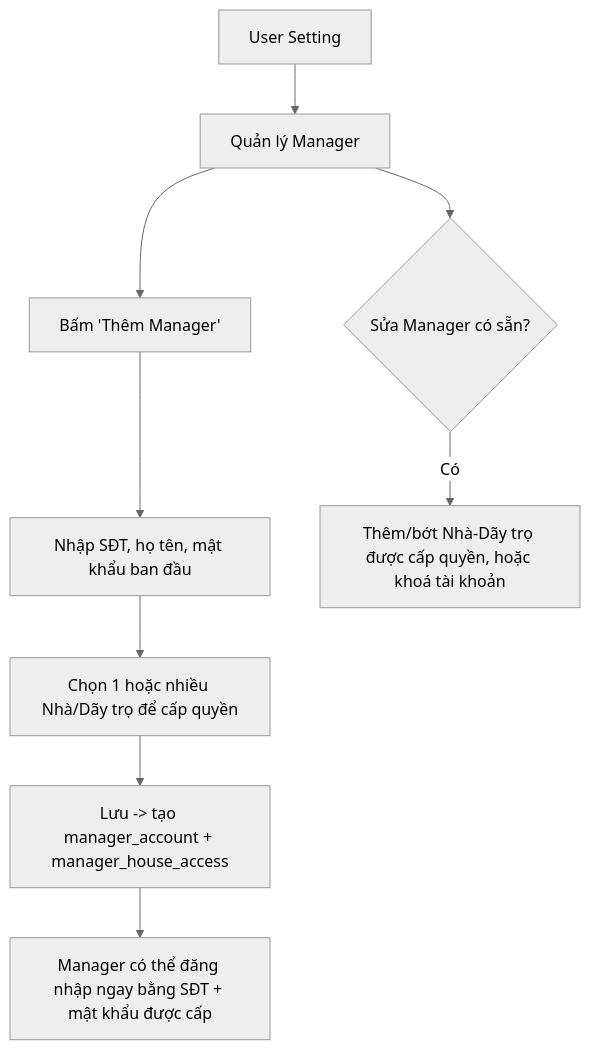
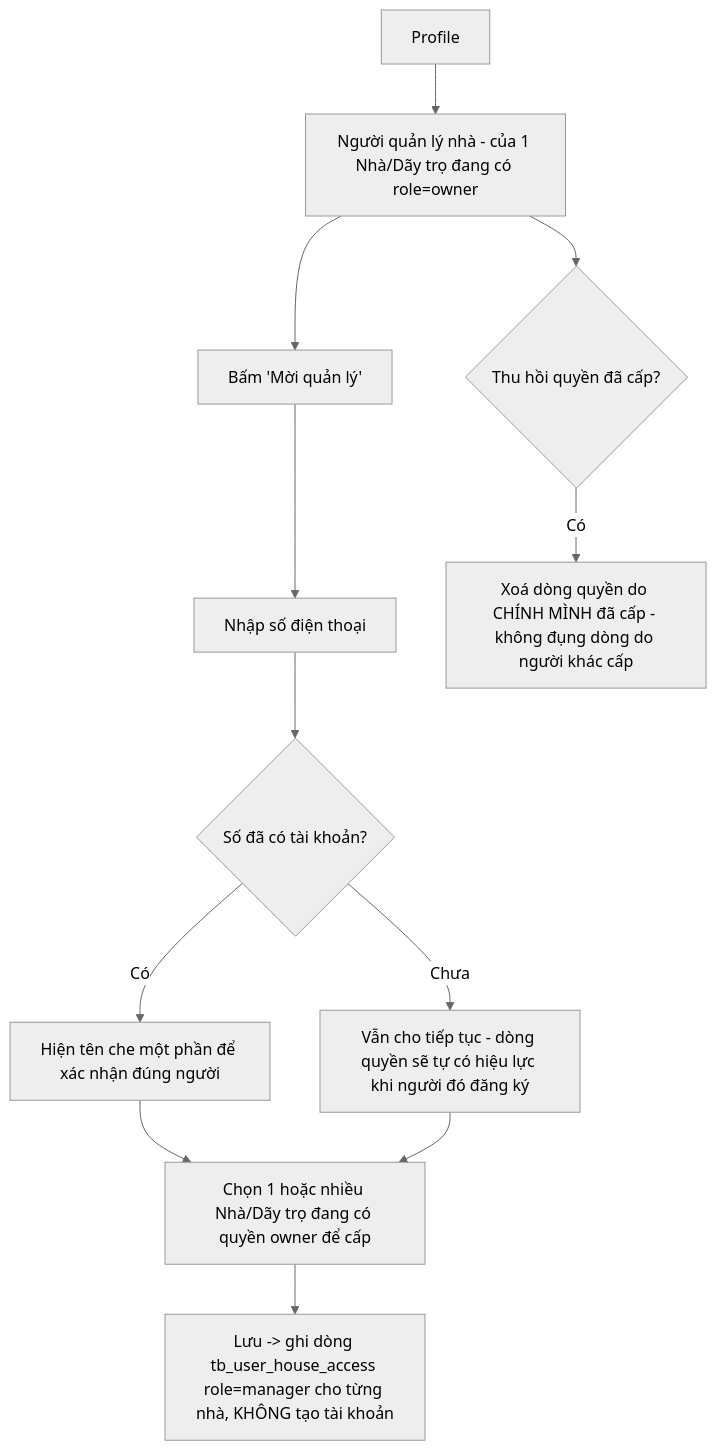
One commit to townsoft-dev/biztown-rent changed the second of 8 diagrams in docs/USER-FLOWS.md. Above: the diagram before and after it, drawn with Mermaid (neutral theme). The commit also changed other lines of this file and 14 other files, not shown here.

Commit message:
chỉnh sửa version 3, theo yêu cầu bỏ bảng công tơ, quy định lại mỗi phòng 1 công tơ, tính phí dịch vụ theo m2, 1 hợp đồng có thể có nhiều phòng etc

````diff
--- a/docs/USER-FLOWS.md
+++ b/docs/USER-FLOWS.md
@@ -49,11 +49,14 @@
 ```mermaid
 flowchart TD
-    A[User Setting] --> B[Quản lý Manager]
-    B --> C[Bấm 'Thêm Manager']
-    C --> D[Nhập SĐT, họ tên, mật khẩu ban đầu]
-    D --> E[Chọn 1 hoặc nhiều Nhà/Dãy trọ để cấp quyền]
-    E --> F[Lưu -> tạo manager_account + manager_house_access]
-    F --> G[Manager có thể đăng nhập ngay bằng SĐT + mật khẩu được cấp]
-    B --> H{Sửa Manager có sẵn?}
-    H -- Có --> I[Thêm/bớt Nhà-Dãy trọ được cấp quyền, hoặc khoá tài khoản]
+    A[Profile] --> B[Người quản lý nhà - của 1 Nhà/Dãy trọ đang có role=owner]
+    B --> C[Bấm 'Mời quản lý']
+    C --> D[Nhập số điện thoại]
+    D --> E{Số đã có tài khoản?}
+    E -- Có --> F[Hiện tên che một phần để xác nhận đúng người]
+    E -- Chưa --> G[Vẫn cho tiếp tục - dòng quyền sẽ tự có hiệu lực khi người đó đăng ký]
+    F --> H[Chọn 1 hoặc nhiều Nhà/Dãy trọ đang có quyền owner để cấp]
+    G --> H
+    H --> I[Lưu -> ghi dòng tb_user_house_access role=manager cho từng nhà, KHÔNG tạo tài khoản]
+    B --> J{Thu hồi quyền đã cấp?}
+    J -- Có --> K[Xoá dòng quyền do CHÍNH MÌNH đã cấp - không đụng dòng do người khác cấp]
 ```
````
